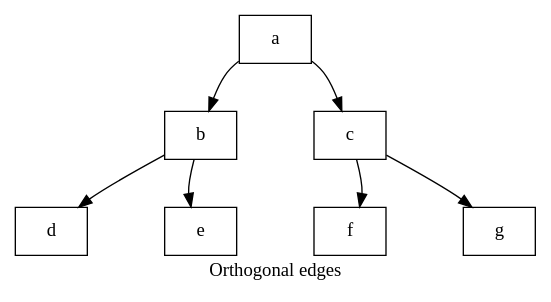
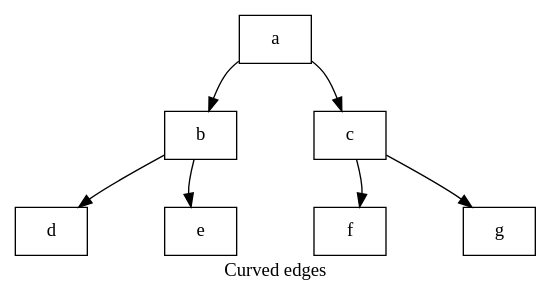
Before and after one commit to narusas/blogdraft: diagram 21 of 21 in _posts/2019-01-25-Graphviz.adoc, drawn with Graphviz. The commit also changed other lines of this file, not shown here.

```diff
--- a/_posts/2019-01-25-Graphviz.adoc
+++ b/_posts/2019-01-25-Graphviz.adoc
@@ -581,10 +581,10 @@
 [graphviz]
 ....
-digraph Orthogonal {
-  graph [label="Orthogonal edges", splines=curved, nodesep=0.8]
+digraph Curved {
+  graph [label="Curved edges", splines=curved, nodesep=0.8]
   node [shape=box]
   a->{b c} 
   b->{d e}
   c->{f g}
 }
 ....
```
